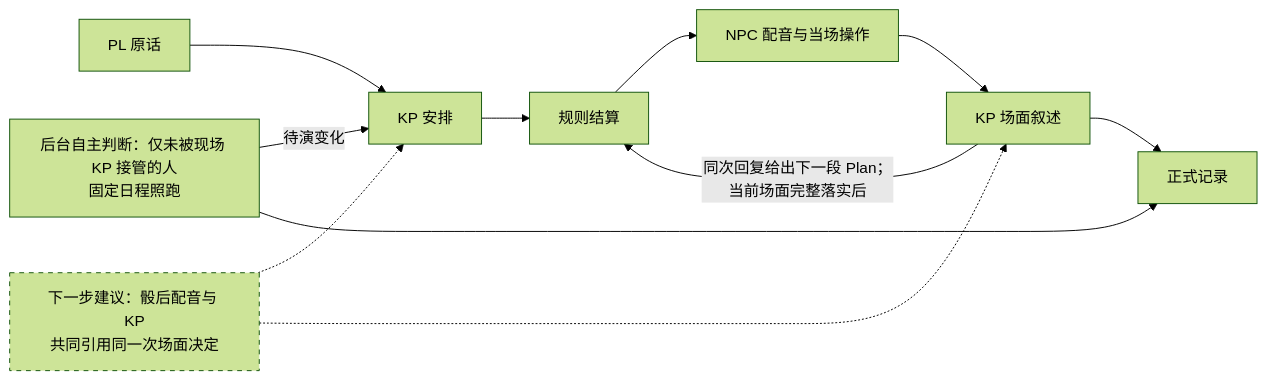
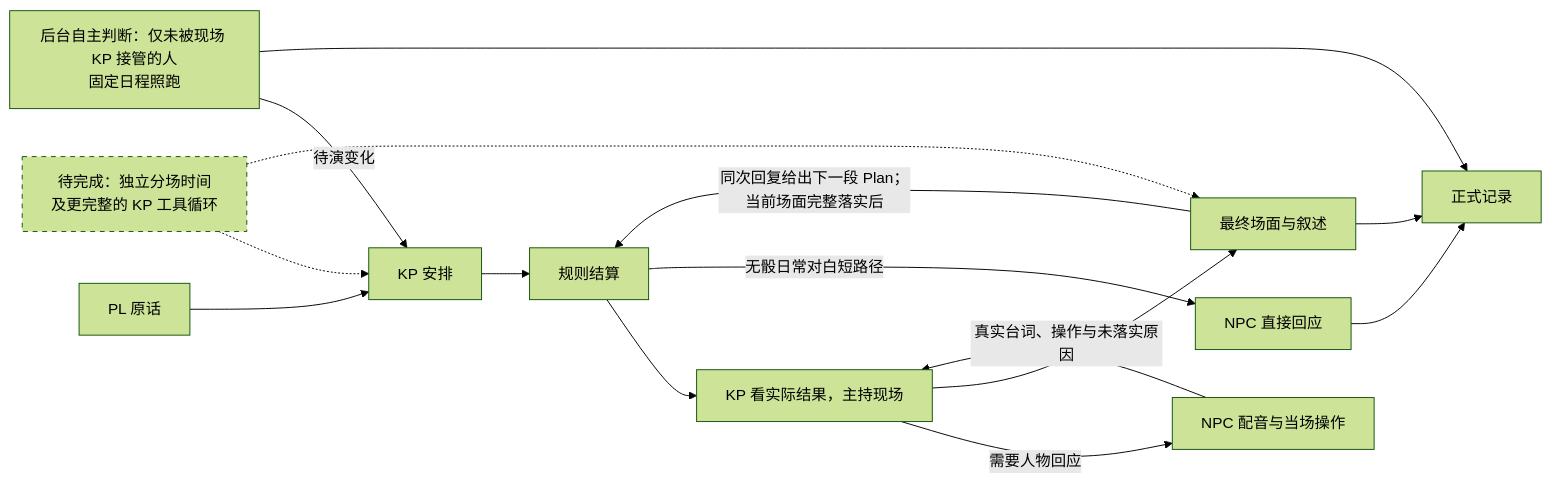
Before and after one commit to satoshinji2992/autokeeper: the diagram in docs/harness-playtest-decisions-2026-10-23.md, drawn with Mermaid (forest theme). The commit also changed other lines of this file and 26 other files, not shown here.

````diff
--- a/docs/harness-playtest-decisions-2026-10-23.md
+++ b/docs/harness-playtest-decisions-2026-10-23.md
@@ -18,15 +18,19 @@
 ```mermaid
 flowchart LR
     PL[PL 原话] --> P[KP 安排]
     P --> R[规则结算]
-    R --> N[NPC 配音与当场操作]
-    N --> K[KP 场面叙述]
+    R --> H[KP 看实际结果，主持现场]
+    H -->|需要人物回应| N[NPC 配音与当场操作]
+    N -->|真实台词、操作与未落实原因| H
+    H --> K[最终场面与叙述]
+    R -->|无骰日常对白短路径| D[NPC 直接回应]
+    D --> W
     K --> W[正式记录]
     K -->|同次回复给出下一段 Plan；当前场面完整落实后| R
     B[后台自主判断：仅未被现场 KP 接管的人<br/>固定日程照跑] -->|待演变化| P
     B --> W
-    S[下一步建议：骰后配音与 KP<br/>共同引用同一次场面决定] -.-> P
+    S[待完成：独立分场时间<br/>及更完整的 KP 工具循环] -.-> P
     S -.-> K
     classDef proposed stroke-dasharray:5 5;
     class S proposed;
 ```
````
